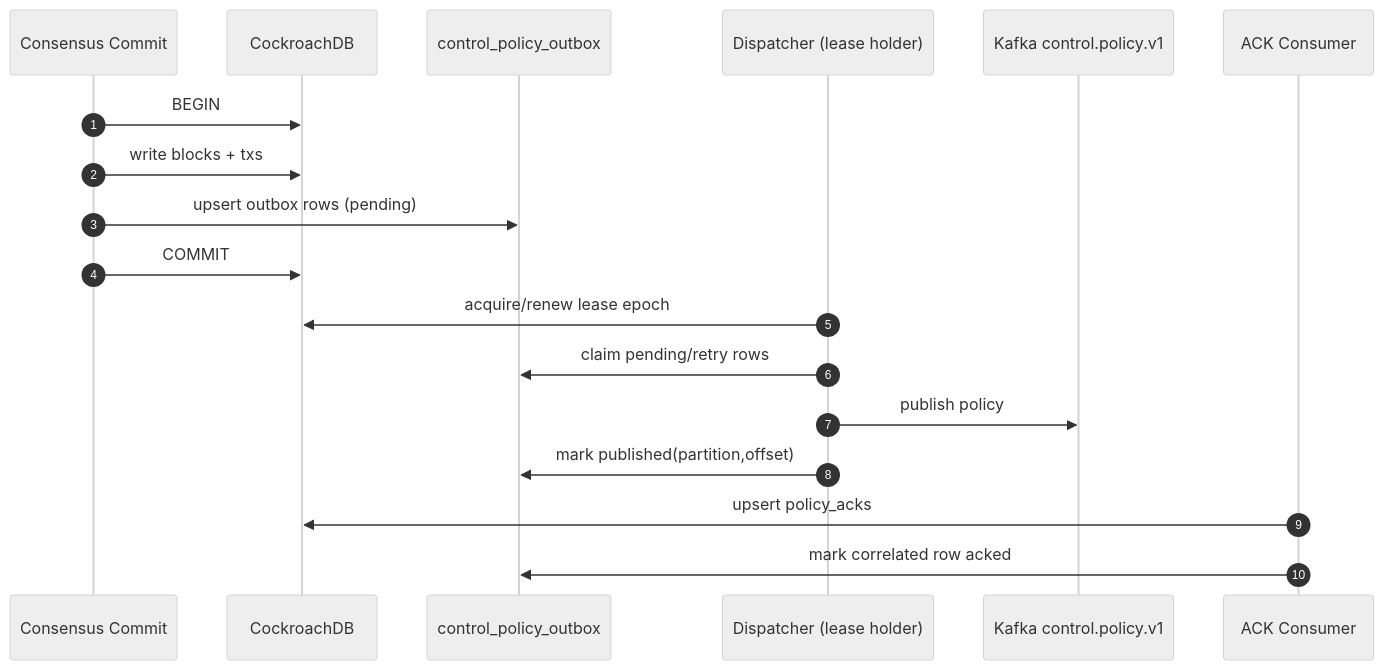
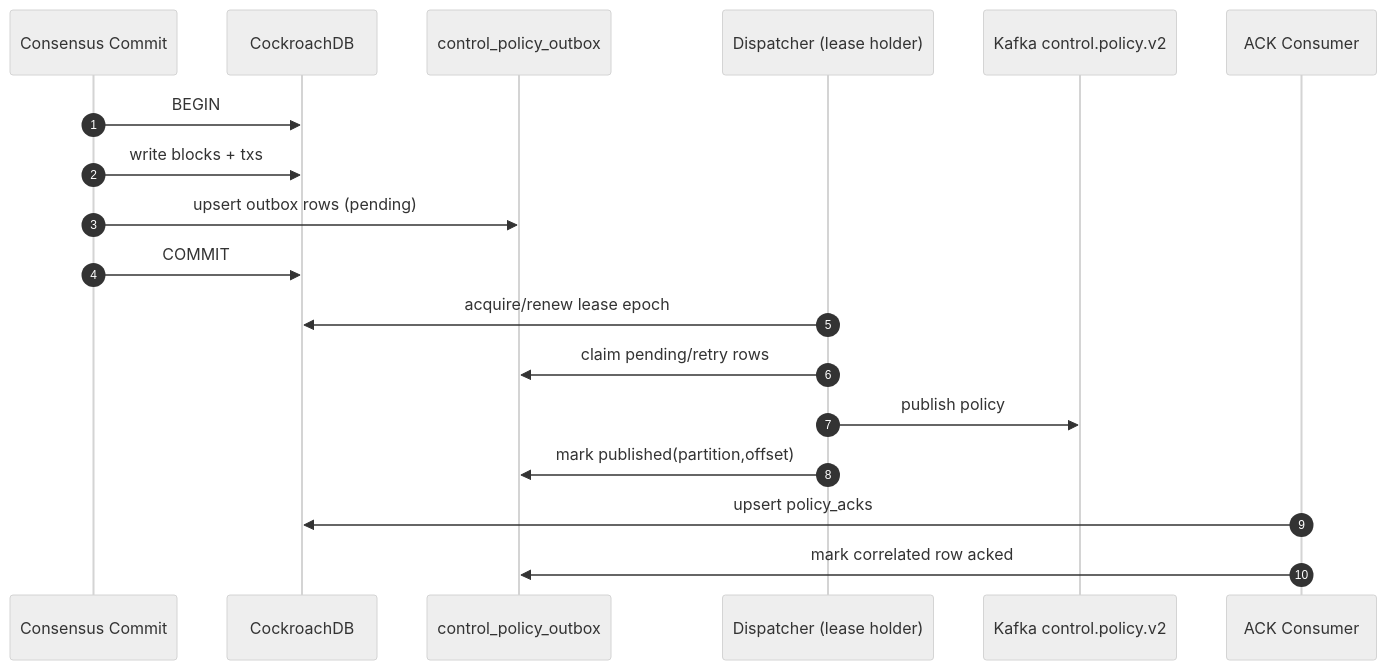
One commit to EveShark/CyberMesh changed the sixth of 15 diagrams in docs/design/DATA_FLOW.md. Above: the diagram before and after it, drawn with Mermaid (neutral theme). The commit also changed other lines of this file and 35 other files, not shown here.

Commit message:
Migrate control policy runtime and signing to v2

````diff
--- a/docs/design/DATA_FLOW.md
+++ b/docs/design/DATA_FLOW.md
@@ -211,23 +211,23 @@
 ```mermaid
 sequenceDiagram
     autonumber
     participant C as Consensus Commit
     participant DB as CockroachDB
     participant O as control_policy_outbox
     participant D as Dispatcher (lease holder)
-    participant K as Kafka control.policy.v1
+    participant K as Kafka control.policy.v2
     participant A as ACK Consumer
 
     C->>DB: BEGIN
     C->>DB: write blocks + txs
     C->>O: upsert outbox rows (pending)
     C->>DB: COMMIT
 
     D->>DB: acquire/renew lease epoch
     D->>O: claim pending/retry rows
     D->>K: publish policy
     D->>O: mark published(partition,offset)
 
     A->>DB: upsert policy_acks
     A->>O: mark correlated row acked
 ```
````
